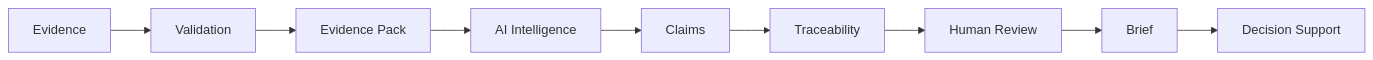
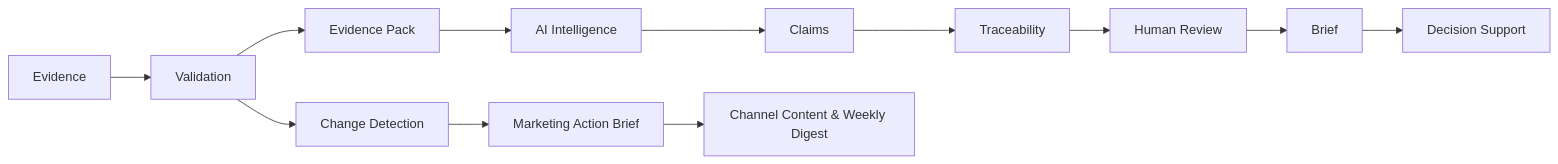
The first of 2 diagrams in README.md (zhengyb-hub/healthcare-market-intelligence-agent), drawn with Mermaid before and after one commit. The commit also changed other lines of this file and 22 other files, not shown here.

````diff
--- a/README.md
+++ b/README.md
@@ -66,11 +72,14 @@
 ```mermaid
 flowchart LR
     A["Evidence"] --> B["Validation"]
     B --> C["Evidence Pack"]
     C --> D["AI Intelligence"]
     D --> E["Claims"]
     E --> F["Traceability"]
     F --> G["Human Review"]
     G --> H["Brief"]
     H --> I["Decision Support"]
+    B --> J["Change Detection"]
+    J --> K["Marketing Action Brief"]
+    K --> L["Channel Content & Weekly Digest"]
 ```
````
